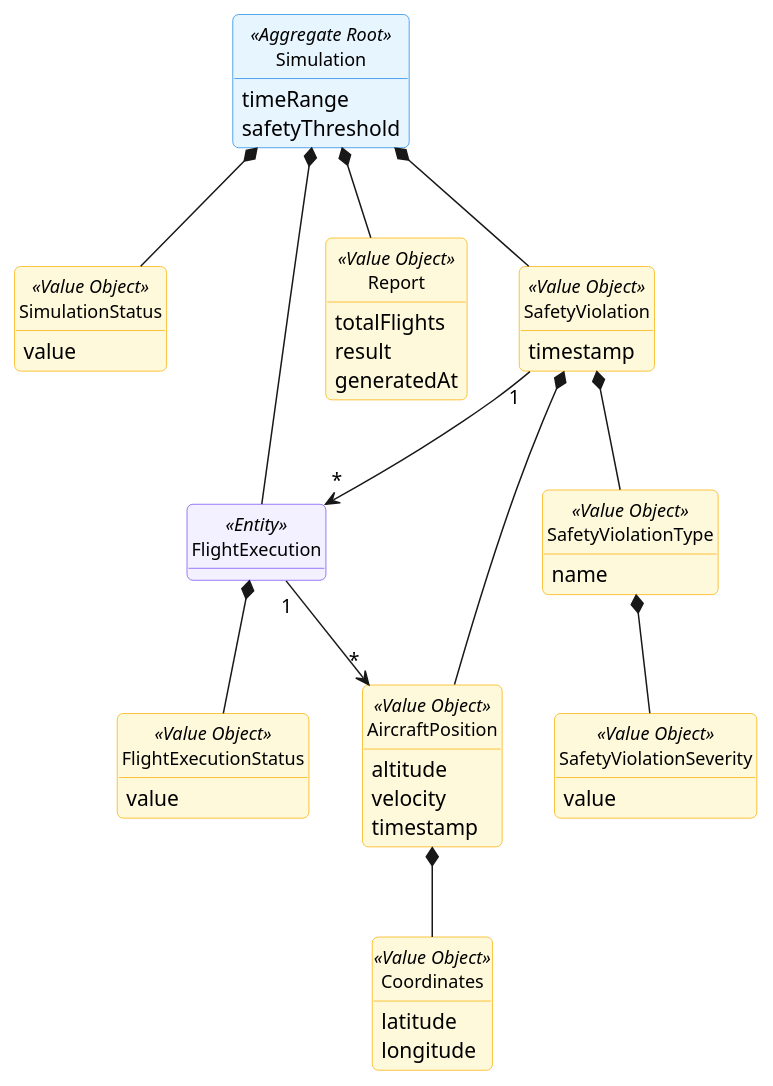
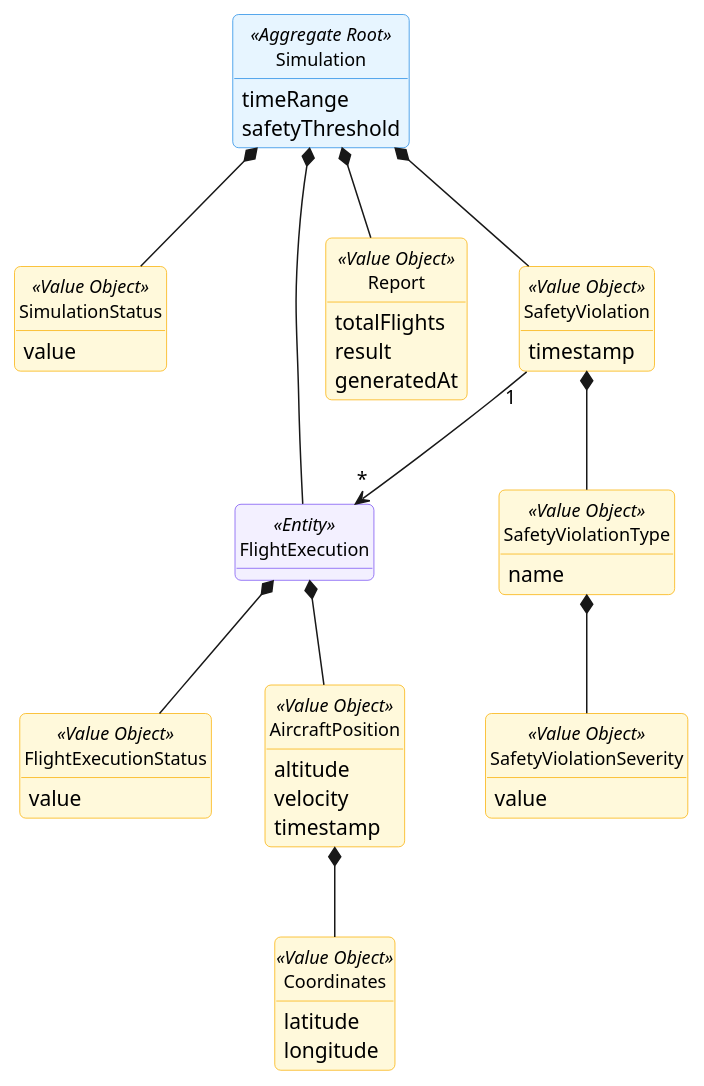
Before and after one commit to GustavoFerreira24/flight-management-platform: the diagram in docs/global-artifacts/02.analysis/puml/Aggregates/SimulationAggregate.puml, drawn with PlantUML. The commit also changed 3 other files, not shown here.

Commit message:
DM : Update FlightExecution and SafetyViolation relationships in diagrams for clarity [#13]

```diff
--- a/docs/global-artifacts/02.analysis/puml/Aggregates/SimulationAggregate.puml
+++ b/docs/global-artifacts/02.analysis/puml/Aggregates/SimulationAggregate.puml
@@ -1,91 +1,90 @@
 @startuml
 skinparam {
     BackgroundColor white
     RoundCorner 8
     Shadowing false
     Handwritten false
     ClassAttributeIconSize 0
     PackageStyle frame
 
     PackageBackgroundColor #F8F9FA
     PackageBorderColor #ADB5BD
 
     ClassBackgroundColor white
     ClassBorderColor #495057
     ClassFontSize 12
 
     ClassBackgroundColor<<Aggregate Root>> #E7F5FF
     ClassBorderColor<<Aggregate Root>> #228BE6
 
     ClassBackgroundColor<<Value Object>> #FFF9DB
     ClassBorderColor<<Value Object>> #FAB005
 
     ClassBackgroundColor<<Entity>> #F3F0FF
     ClassBorderColor<<Entity>> #7950F2
 }
 
 hide circle
 hide methods
 
 class Simulation <<Aggregate Root>> {
         timeRange
         safetyThreshold
 
     }
 
     class SimulationStatus <<Value Object>> {
         value
     }
 
     class FlightExecution <<Entity>> {
 
     }
 
     class FlightExecutionStatus <<Value Object>> {
         value
     }
 
     class Report <<Value Object>> {
         totalFlights
         result
         generatedAt
     }
 
     class SafetyViolation <<Value Object>> {
         timestamp
     }
 
     class SafetyViolationType <<Value Object>> {
         name
     }
 
     class SafetyViolationSeverity <<Value Object>> {
         value
     }
 
 
     class AircraftPosition <<Value Object>> {
         altitude
         velocity
         timestamp
     }
     class Coordinates <<Value Object>> {
         latitude
         longitude
     }
 
     Simulation *-- Report
     Simulation *-- SafetyViolation
     Simulation *-- FlightExecution
     Simulation *-- SimulationStatus
-    SafetyViolation *-- AircraftPosition
     SafetyViolation "1" --> "*" FlightExecution
-    FlightExecution "1" --> "*" AircraftPosition
+    FlightExecution *-- AircraftPosition
     AircraftPosition *-- Coordinates
     FlightExecution *-- FlightExecutionStatus
     SafetyViolation *-- SafetyViolationType
     SafetyViolationType *-- SafetyViolationSeverity
 
 
 
 @enduml
```
